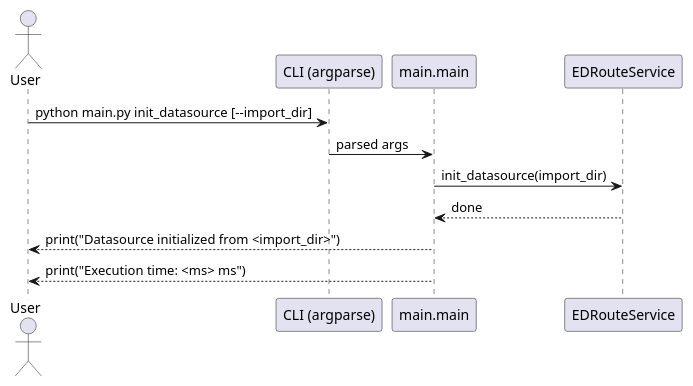
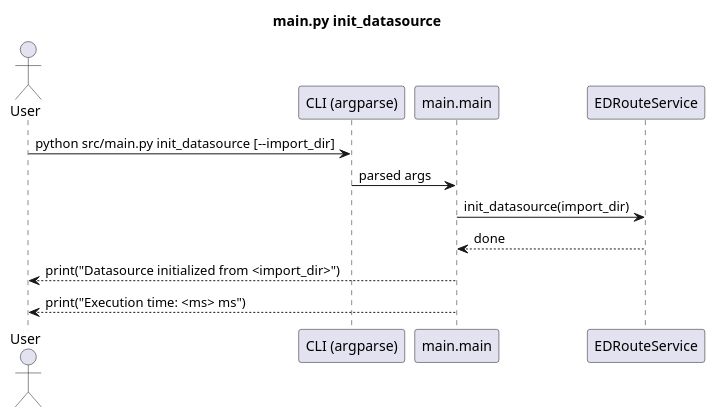
Before and after one commit to fazleskhan/elite_dangerous_discord_tools: the fifth of 6 diagrams in docs/main_sequences.puml, drawn with PlantUML. The commit also changed other lines of this file and 25 other files, not shown here.

Commit message:
updated README.md and sequence diagrams

```diff
--- a/docs/main_sequences.puml
+++ b/docs/main_sequences.puml
@@ -84,13 +90,14 @@
-@startuml init_datasource
+@startuml main_init_datasource
+title main.py init_datasource
 actor User
 participant "CLI (argparse)" as CLI
 participant "main.main" as Main
 participant "EDRouteService" as Route
 
-User -> CLI : python main.py init_datasource [--import_dir]
+User -> CLI : python src/main.py init_datasource [--import_dir]
 CLI -> Main : parsed args
 Main -> Route : init_datasource(import_dir)
 Route --> Main : done
 Main --> User : print("Datasource initialized from <import_dir>")
 Main --> User : print("Execution time: <ms> ms")
 @enduml
```
